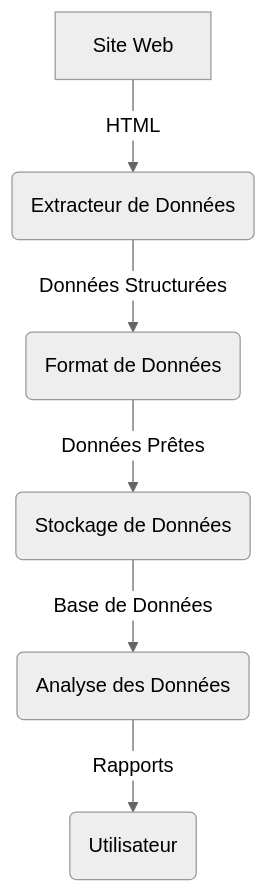
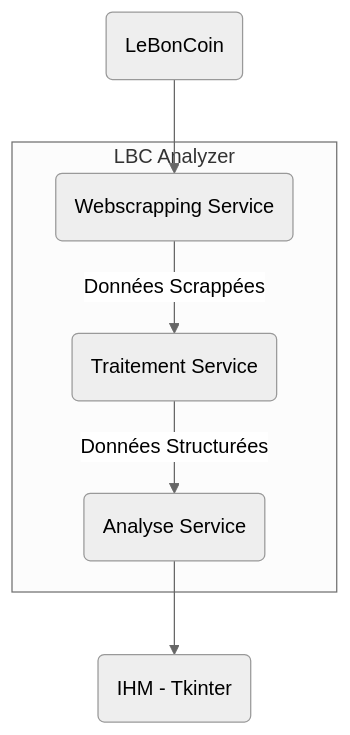
One commit to Max32x/LBC-Analyzer changed the diagram in README.md. Above: the diagram before and after it, drawn with Mermaid (neutral theme).

````diff
--- a/README.md
+++ b/README.md
@@ -6,8 +6,10 @@
 ```mermaid
-graph TD;
-    A[Site Web] -->|HTML| B(Extracteur de Données);
-    B -->|Données Structurées| C(Format de Données);
-    C -->|Données Prêtes| D(Stockage de Données);
-    D -->|Base de Données| E(Analyse des Données);
-    E -->|Rapports| F(Utilisateur);
+graph TB
+  subgraph LBC Analyzer
+    B -->|Données Scrappées| E(Traitement Service)
+    E -->|Données Structurées| C(Analyse Service)
+  end
+
+A(LeBonCoin) --> B(Webscrapping Service)
+C --> D(IHM - Tkinter)
 ```
````
